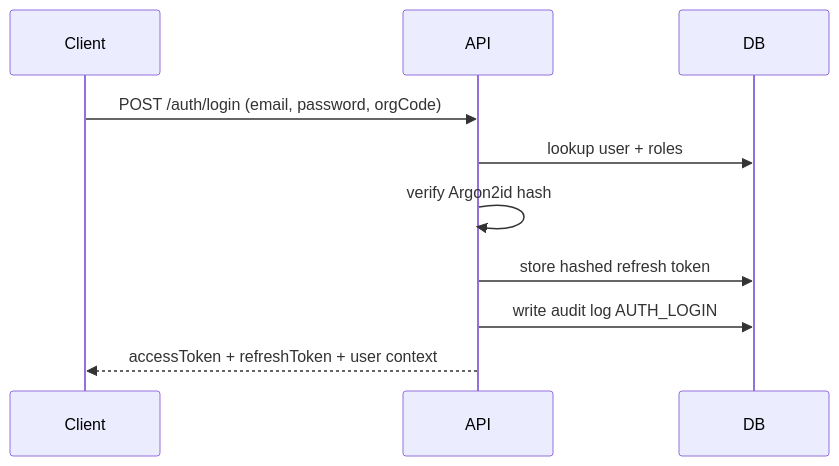
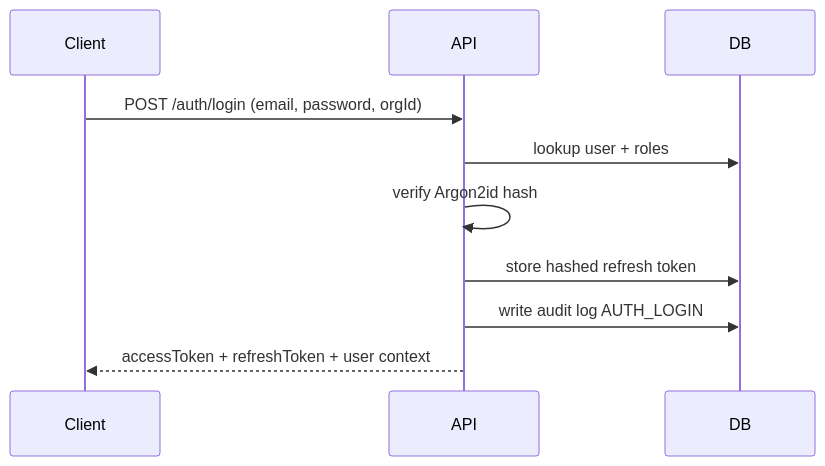
Before and after one commit to fassamnew/EveMan: the first of 2 diagrams in docs/auth-api.md, drawn with Mermaid. The commit also changed other lines of this file and 14 other files, not shown here.

````diff
--- a/docs/auth-api.md
+++ b/docs/auth-api.md
@@ -58,13 +59,13 @@
 ```mermaid
 sequenceDiagram
   participant Client
   participant API
   participant DB
 
-  Client->>API: POST /auth/login (email, password, orgCode)
+  Client->>API: POST /auth/login (email, password, orgId)
   API->>DB: lookup user + roles
   API->>API: verify Argon2id hash
   API->>DB: store hashed refresh token
   API->>DB: write audit log AUTH_LOGIN
   API-->>Client: accessToken + refreshToken + user context
 ```
````
